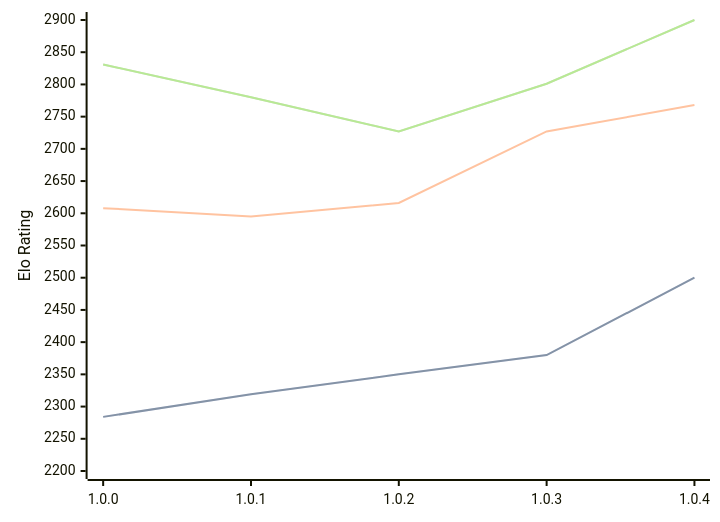
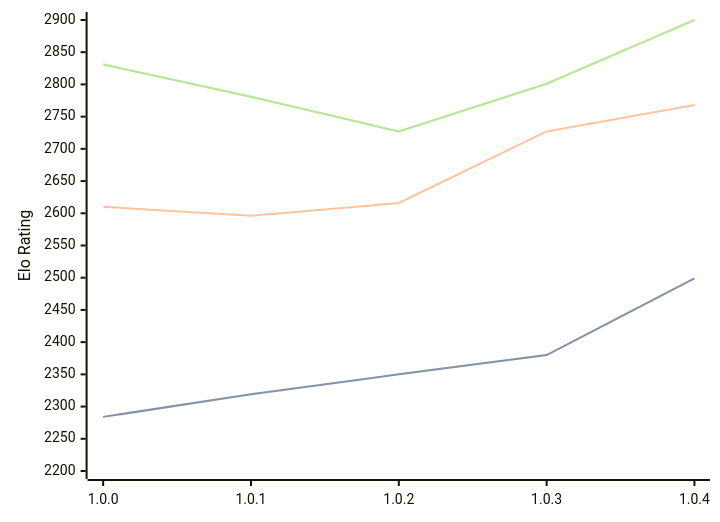
The diagram in engines/Grail.md (computer-chess-index/cci), drawn with Mermaid before and after one commit. The commit also changed other lines of this file, not shown here.

Commit message:
Update CCI Ratings (ELO VLTC) - 2026-02-21

````diff
--- a/engines/Grail.md
+++ b/engines/Grail.md
@@ -32,11 +32,11 @@
 ```mermaid
 %%{init: {"theme":"base","themeVariables":{"seriesColors:['#a3a3a3','#222221','#faa371']}}}%%
 xychart-beta
   x-axis ["1.0.0", "1.0.1", "1.0.2", "1.0.3", "1.0.4"]
   y-axis "Elo Rating" 2200 --> 2900
-  line "STC (8.0+0.08s)" [2284, 2319, 2350, 2380, 2500]
-  line "STC (8.0+0.08s)" [2284, 2319, 2350, 2380, 2500]
-  line "LTC (60.0+0.60s)" [2608, 2595, 2616, 2727, 2768]
-  line "VLTC (2m24s+1.12s)" [2831, 2780, 2727, 2801, 2900]
-  line "VLTC (2m24s+1.12s)" [2831, 2780, 2727, 2801, 2900]
+  line "STC (8.0+0.08s)" [2284, 2319, 2350, 2380, 2499]
+  line "STC (8.0+0.08s)" [2284, 2319, 2350, 2380, 2499]
+  line "LTC (60.0+0.60s)" [2610, 2596, 2616, 2727, 2768]
+  line "VLTC (2m24s+1.12s)" [2831, 2781, 2727, 2801, 2900]
+  line "VLTC (2m24s+1.12s)" [2831, 2781, 2727, 2801, 2900]
 ```
````
